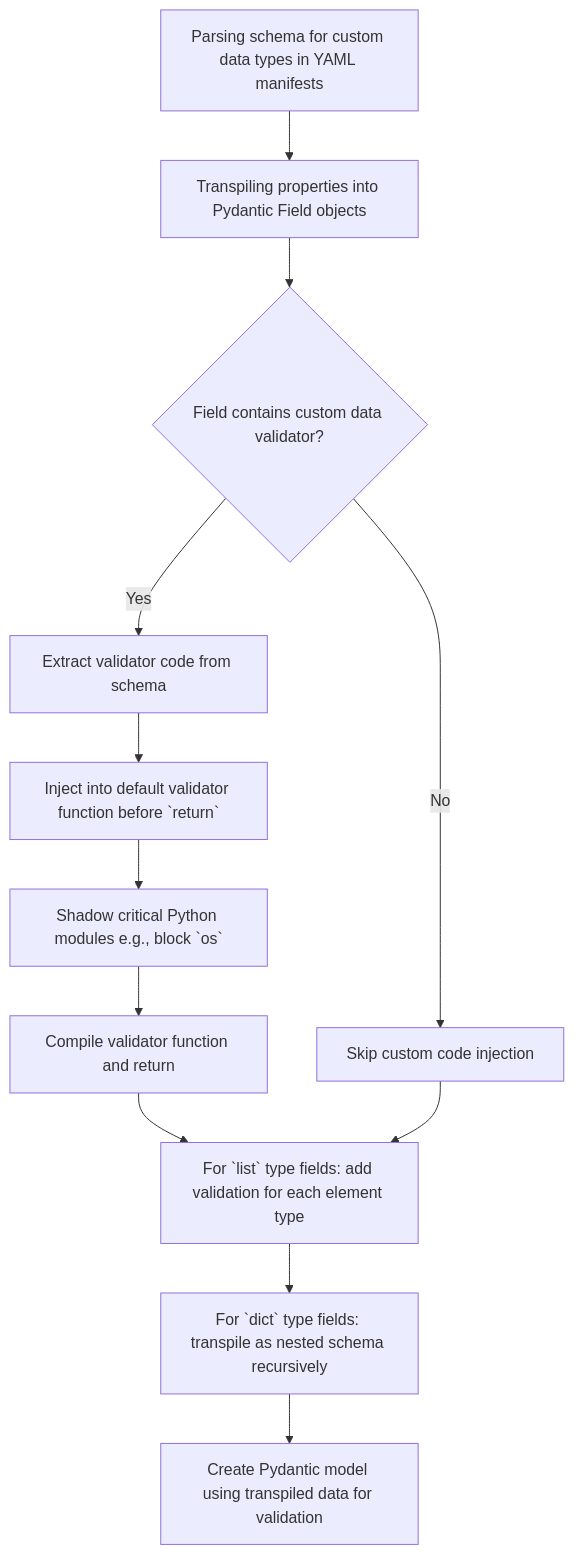
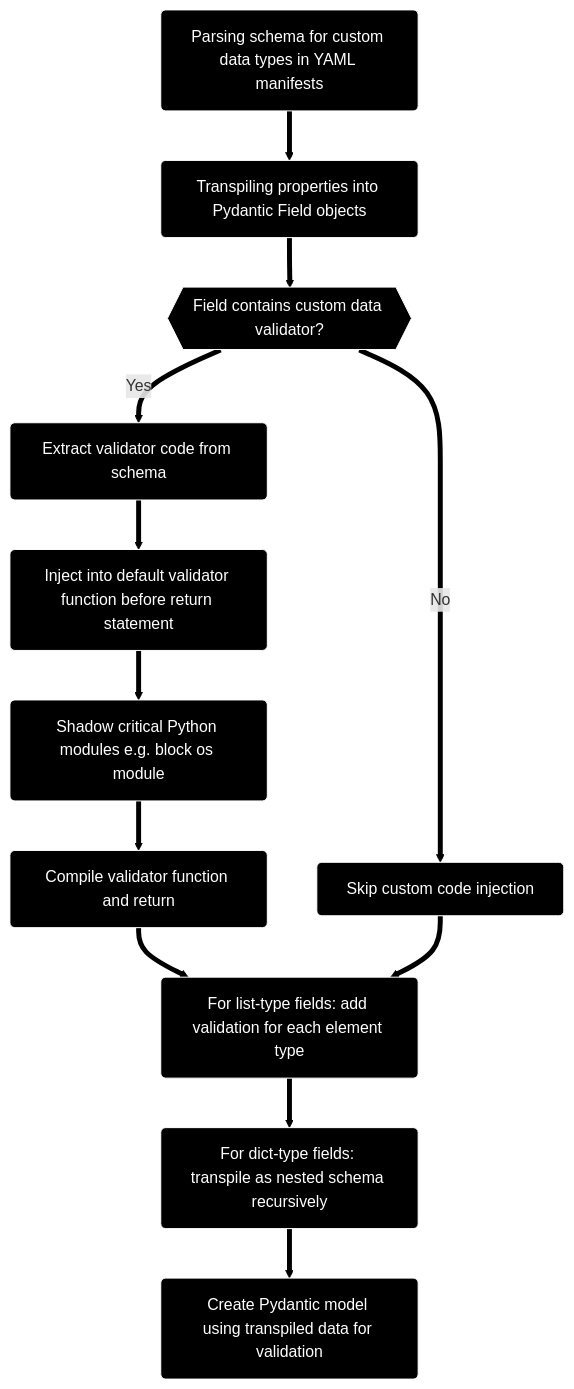
One commit to kamilrybacki/Phaistos changed the diagram in docs/getting-started/main-features.md. Above: the diagram before and after it, drawn with Mermaid.

Commit message:
add diagram

````diff
--- a/docs/getting-started/main-features.md
+++ b/docs/getting-started/main-features.md
@@ -26,14 +26,25 @@
 ```mermaid
+%%{
+  init: {
+    'themeVariables': {
+      'lineColor': '#000'
+    }
+  }
+}%%
 flowchart TD
     A[Parsing schema for custom data types in YAML manifests] --> B[Transpiling properties into Pydantic Field objects]
-    B --> C{Field contains custom data validator?}
+    B --> C{{Field contains custom data validator?}}
     C -->|Yes| C1[Extract validator code from schema]
-    C1 --> C2[Inject into default validator function before `return`]
-    C2 --> C3[Shadow critical Python modules e.g., block `os`]
+    C1 --> C2[Inject into default validator function before return statement]
+    C2 --> C3[Shadow critical Python modules e.g. block os module]
     C3 --> C4[Compile validator function and return]
     C -->|No| D[Skip custom code injection]
-    C4 --> E[For `list` type fields: add validation for each element type]
+    C4 --> E[For list-type fields: add validation for each element type]
     D --> E
-    E --> F[For `dict` type fields: transpile as nested schema recursively]
+    E --> F[For dict-type fields: transpile as nested schema recursively]
     F --> G[Create Pydantic model using transpiled data for validation]
+
+classDef blackAndWhite fill:#000,stroke:#fff,color:#fff,rx:5px,ry:5px;
+class A,B,C,C1,C2,C3,C4,D,E,F,G blackAndWhite;
+linkStyle default stroke:#000,stroke-width:5px;
 ```
````
